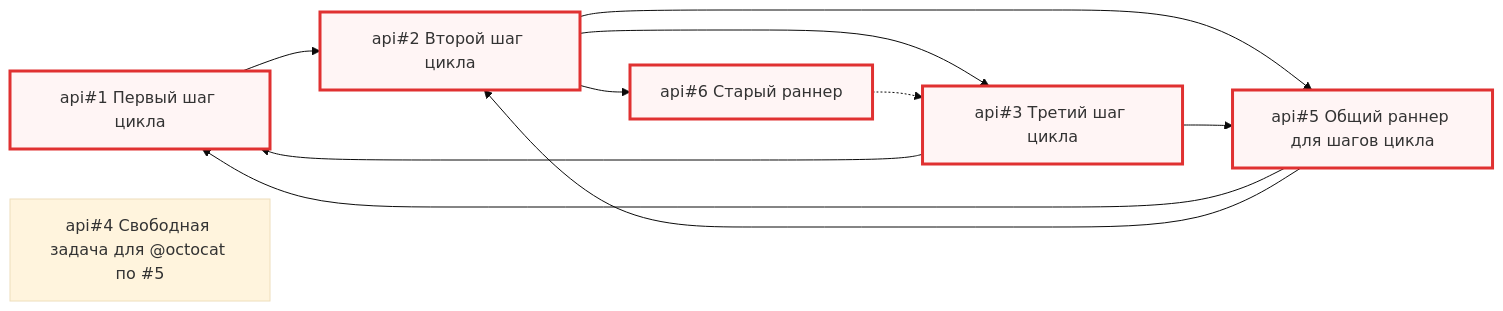
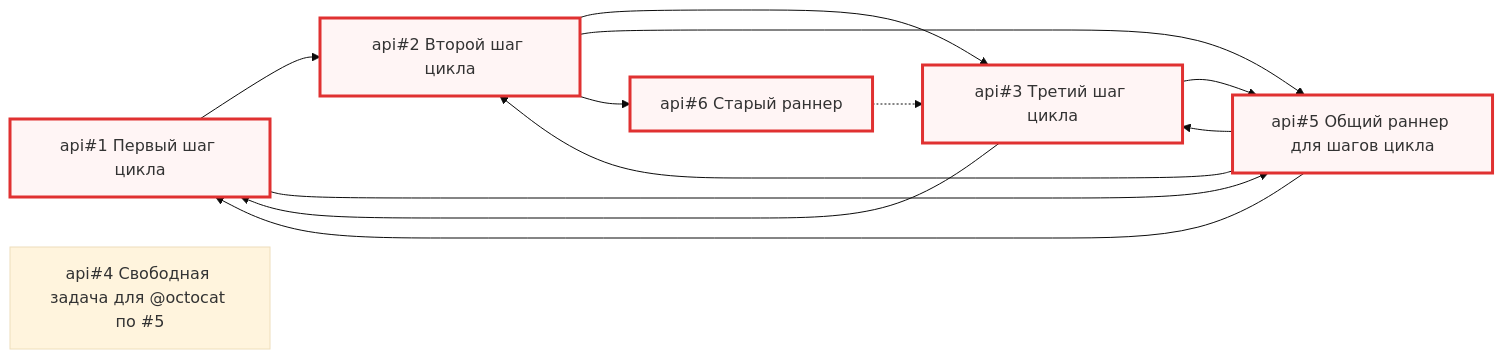
One commit to larchanka-training/dmc-268-ui-t6 changed the diagram in .agents/skills/issue-graph/tests/golden/cycle.md. Above: the diagram before and after it, drawn with Mermaid (base theme). The commit also changed other lines of this file and 3 other files, not shown here.

First line of the commit message:
test(agents): pin issue-graph query shape and title guards

````diff
--- a/.agents/skills/issue-graph/tests/golden/cycle.md
+++ b/.agents/skills/issue-graph/tests/golden/cycle.md
@@ -7,24 +7,26 @@
 ```mermaid
 flowchart LR
   api_1["api#35;1 Первый шаг цикла"]
   api_2["api#35;2 Второй шаг цикла"]
   api_3["api#35;3 Третий шаг цикла"]
   api_4["api#35;4 Свободная задача для @octocat по #35;5"]
   api_5["api#35;5 Общий раннер для шагов цикла"]
   api_6["api#35;6 Старый раннер"]
   api_1 --> api_2
+  api_1 --> api_5
   api_2 --> api_3
   api_2 --> api_5
   api_2 --> api_6
   api_3 --> api_1
   api_3 --> api_5
   api_5 --> api_1
   api_5 --> api_2
+  api_5 --> api_3
   api_6 -.-> api_3
   classDef done fill:#f1f3f5,stroke:#adb5bd,color:#868e96
   classDef progress fill:#e7f5ff,stroke:#1c7ed6
   classDef review fill:#fff9db,stroke:#f08c00
   classDef alarm fill:#fff5f5,stroke:#e03131,stroke-width:3px
   classDef external fill:#ffffff,stroke:#868e96,stroke-dasharray:5 5
   class api_1,api_2,api_3,api_5,api_6 alarm
 ```
````
